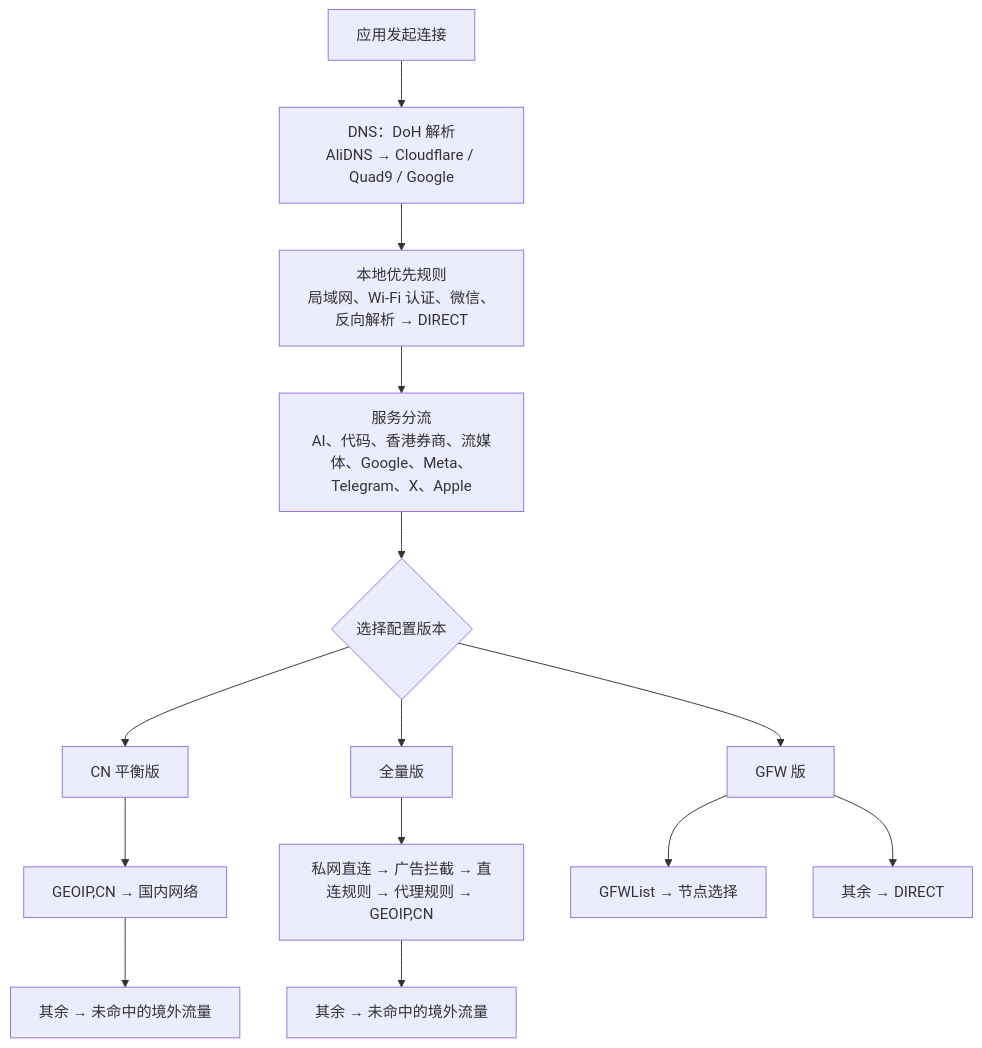
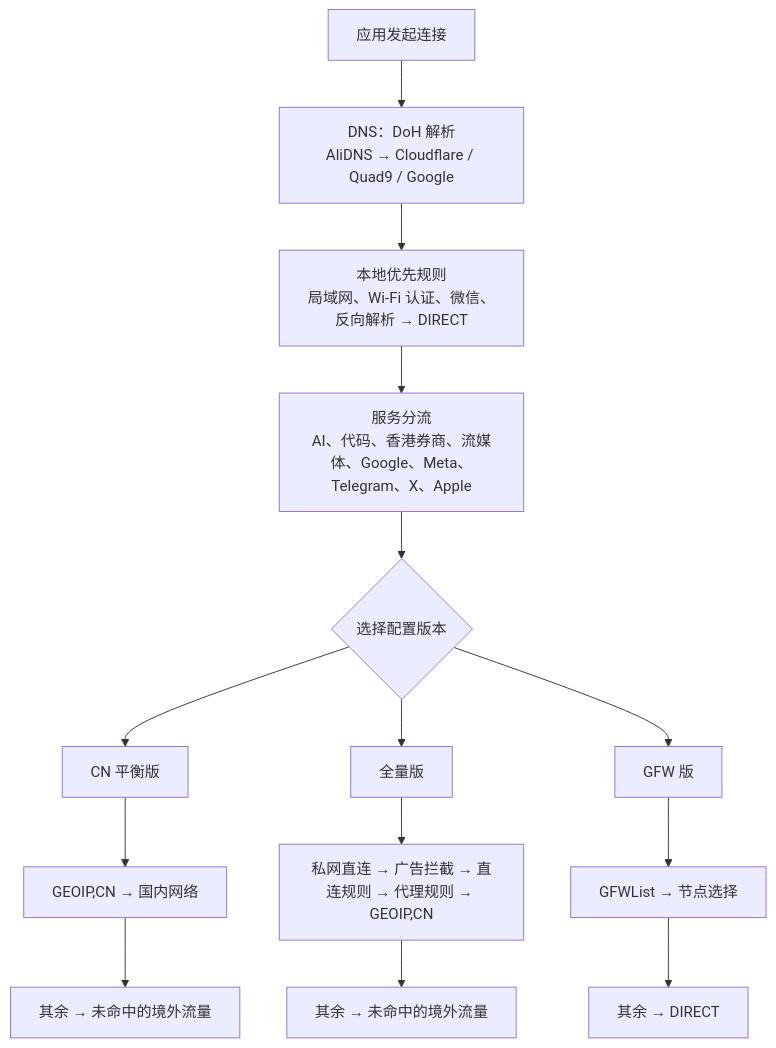
Before and after one commit to ianzo0/Shadowrocket-Rule: the diagram in README.md, drawn with Mermaid.

Commit message:
Show sequential GFW fallback flow

````diff
--- a/README.md
+++ b/README.md
@@ -59,16 +59,16 @@
 ```mermaid
 flowchart TD
   A["应用发起连接"] --> B["DNS：DoH 解析<br/>AliDNS → Cloudflare / Quad9 / Google"]
   B --> C["本地优先规则<br/>局域网、Wi-Fi 认证、微信、反向解析 → DIRECT"]
   C --> D["服务分流<br/>AI、代码、香港券商、流媒体、Google、Meta、Telegram、X、Apple"]
   D --> E{"选择配置版本"}
   E --> CN["CN 平衡版"]
   E --> FULL["全量版"]
   E --> GFW["GFW 版"]
   CN --> CN1["GEOIP,CN → 国内网络"]
   CN1 --> CN2["其余 → 未命中的境外流量"]
   FULL --> F1["私网直连 → 广告拦截 → 直连规则 → 代理规则 → GEOIP,CN"]
   F1 --> F2["其余 → 未命中的境外流量"]
   GFW --> G1["GFWList → 节点选择"]
-  GFW --> G2["其余 → DIRECT"]
+  G1 --> G2["其余 → DIRECT"]
 ```
````
